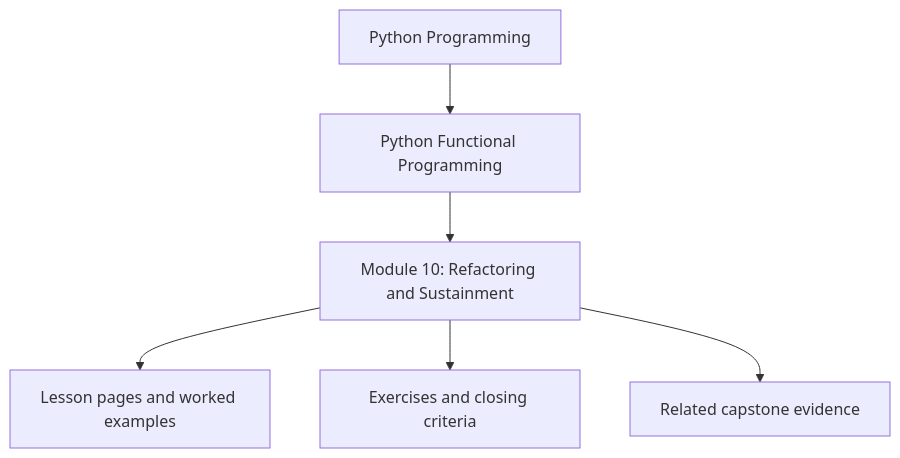
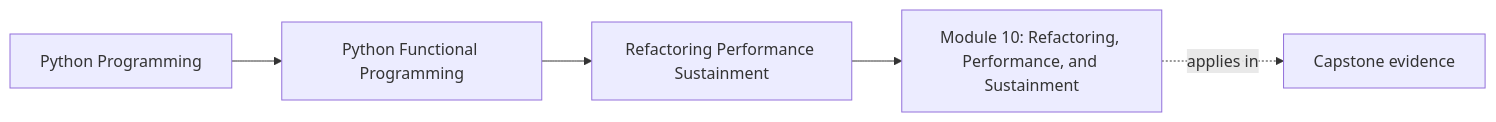
Before and after one commit to bijux/bijux-masterclass: the first of 2 diagrams in programs/python-programming/python-functional-programming/course-book/module-10-refactoring-performance-sustainment/index.md, drawn with Mermaid. The commit also changed other lines of this file and 108 other files, not shown here.

Commit message:
docs(python-functional-programming): map capstone and advanced design surfaces

````diff
--- a/programs/python-programming/python-functional-programming/course-book/module-10-refactoring-performance-sustainment/index.md
+++ b/programs/python-programming/python-functional-programming/course-book/module-10-refactoring-performance-sustainment/index.md
@@ -7,8 +7,11 @@
 ```mermaid
-flowchart TD
-  family["Python Programming"] --> program["Python Functional Programming"]
-  program --> module["Module 10: Refactoring and Sustainment"]
-  module --> lessons["Lesson pages and worked examples"]
-  module --> checkpoints["Exercises and closing criteria"]
-  module --> capstone["Related capstone evidence"]
+graph LR
+  family["Python Programming"]
+  program["Python Functional Programming"]
+  section["Refactoring Performance Sustainment"]
+  page["Module 10: Refactoring, Performance, and Sustainment"]
+  capstone["Capstone evidence"]
+
+  family --> program --> section --> page
+  page -.applies in.-> capstone
 ```
````
